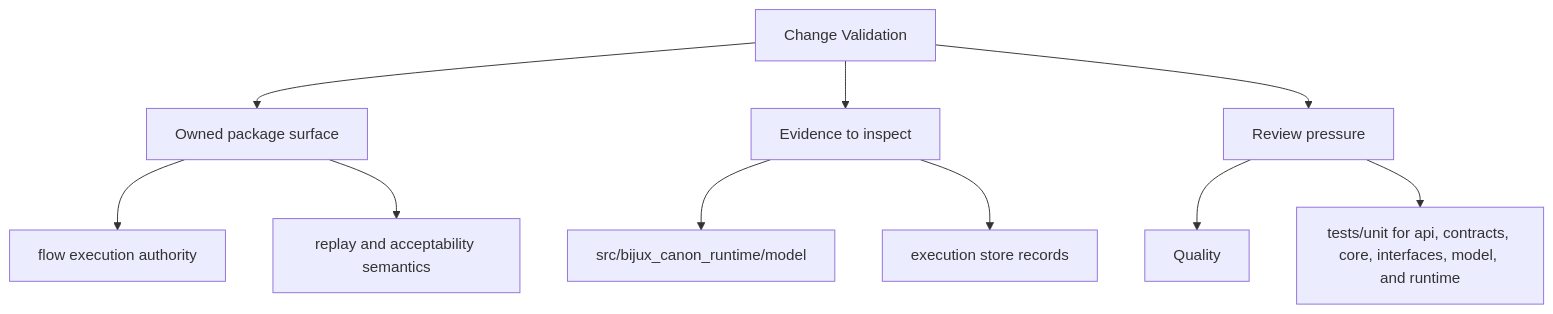
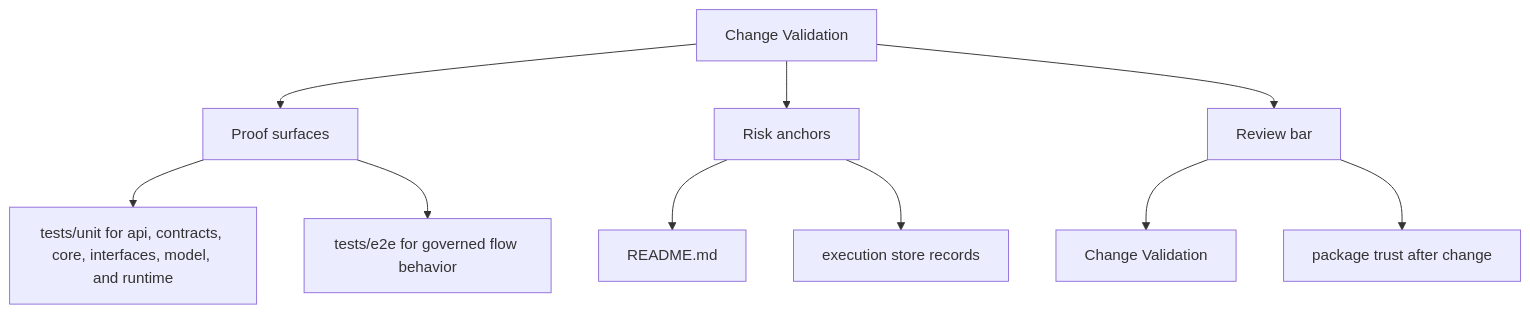
One commit to bijux/bijux-canon changed the second of 2 diagrams in docs/bijux-canon-runtime/quality/change-validation.md. Above: the diagram before and after it, drawn with Mermaid. The commit also changed other lines of this file and 250 other files, not shown here.

Commit message:
docs(diagrams): make product page maps more readable

````diff
--- a/docs/bijux-canon-runtime/quality/change-validation.md
+++ b/docs/bijux-canon-runtime/quality/change-validation.md
@@ -33,22 +33,22 @@
 ```mermaid
 flowchart TD
     page["Change Validation"]
-    focus1["Owned package surface"]
+    focus1["Proof surfaces"]
     page --> focus1
-    focus1_1["flow execution authority"]
+    focus1_1["tests/unit for api, contracts, core, interfaces, model, and runtime"]
     focus1 --> focus1_1
-    focus1_2["replay and acceptability semantics"]
+    focus1_2["tests/e2e for governed flow behavior"]
     focus1 --> focus1_2
-    focus2["Evidence to inspect"]
+    focus2["Risk anchors"]
     page --> focus2
-    focus2_1["src/bijux_canon_runtime/model"]
+    focus2_1["README.md"]
     focus2 --> focus2_1
     focus2_2["execution store records"]
     focus2 --> focus2_2
-    focus3["Review pressure"]
+    focus3["Review bar"]
     page --> focus3
-    focus3_1["Quality"]
+    focus3_1["Change Validation"]
     focus3 --> focus3_1
-    focus3_2["tests/unit for api, contracts, core, interfaces, model, and runtime"]
+    focus3_2["package trust after change"]
     focus3 --> focus3_2
 ```
````
